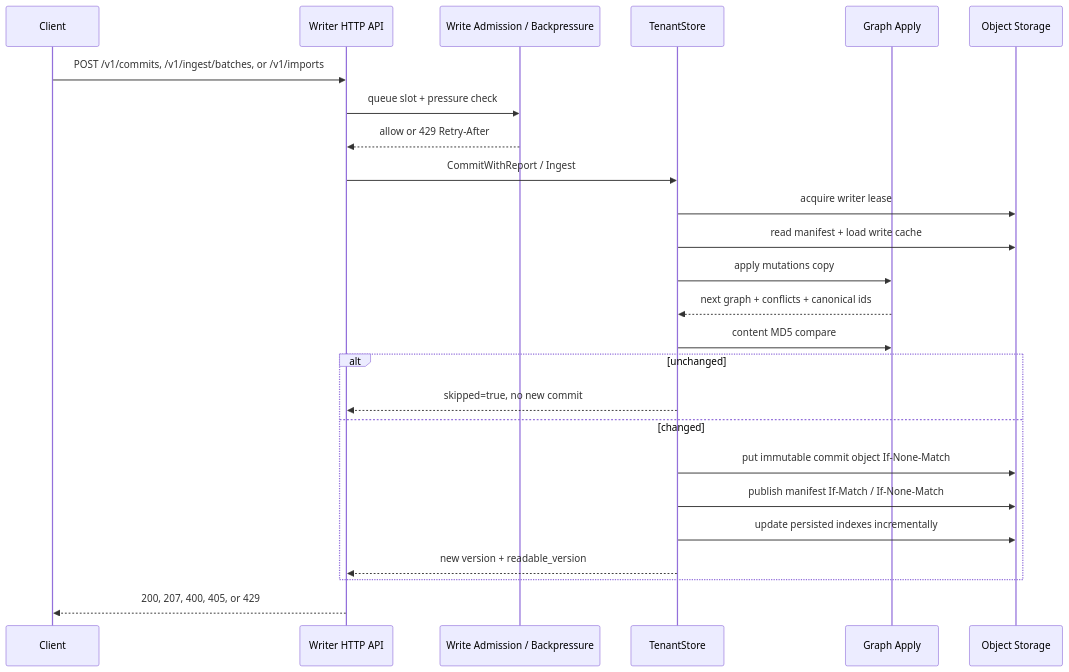
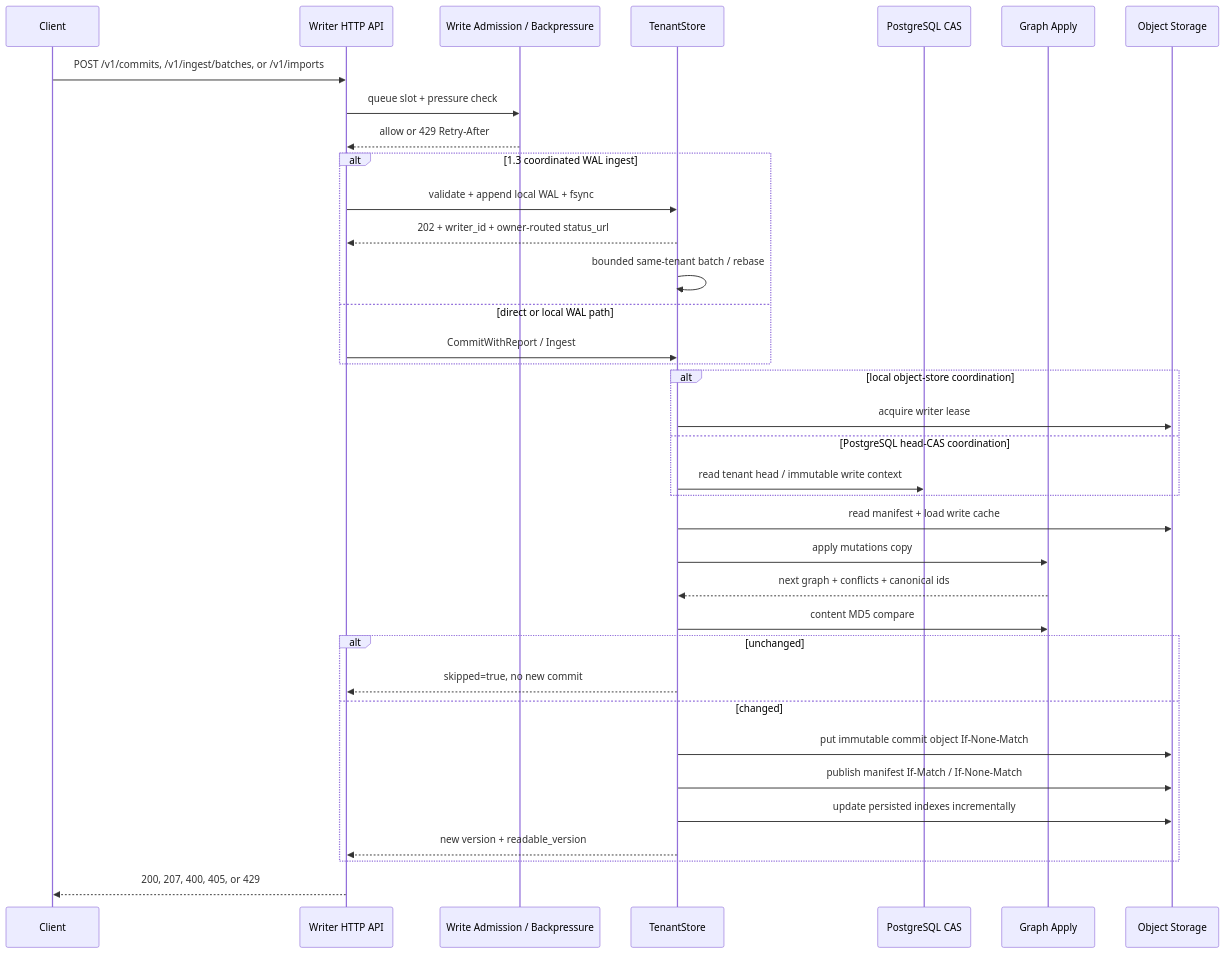
Before and after one commit to SamuelSupe/graphdb: the third of 7 diagrams in docs/architecture.md, drawn with Mermaid. The commit also changed other lines of this file and 64 other files, not shown here.

Commit message:
feat: add PostgreSQL CAS multi-writer ingest WAL

````diff
--- a/docs/architecture.md
+++ b/docs/architecture.md
@@ -121,28 +122,39 @@
 ```mermaid
 sequenceDiagram
   participant Client
   participant HTTP as Writer HTTP API
   participant BP as Write Admission / Backpressure
   participant Store as TenantStore
+  participant PG as PostgreSQL CAS
   participant Graph as Graph Apply
   participant Obj as Object Storage
 
   Client->>HTTP: POST /v1/commits, /v1/ingest/batches, or /v1/imports
   HTTP->>BP: queue slot + pressure check
   BP-->>HTTP: allow or 429 Retry-After
-  HTTP->>Store: CommitWithReport / Ingest
-  Store->>Obj: acquire writer lease
+  alt 1.3 coordinated WAL ingest
+    HTTP->>Store: validate + append local WAL + fsync
+    Store-->>HTTP: 202 + writer_id + owner-routed status_url
+    Store->>Store: bounded same-tenant batch / rebase
+  else direct or local WAL path
+    HTTP->>Store: CommitWithReport / Ingest
+  end
+  alt local object-store coordination
+    Store->>Obj: acquire writer lease
+  else PostgreSQL head-CAS coordination
+    Store->>PG: read tenant head / immutable write context
+  end
   Store->>Obj: read manifest + load write cache
   Store->>Graph: apply mutations copy
   Graph-->>Store: next graph + conflicts + canonical ids
   Store->>Graph: content MD5 compare
   alt unchanged
     Store-->>HTTP: skipped=true, no new commit
   else changed
     Store->>Obj: put immutable commit object If-None-Match
     Store->>Obj: publish manifest If-Match / If-None-Match
     Store->>Obj: update persisted indexes incrementally
     Store-->>HTTP: new version + readable_version
   end
   HTTP-->>Client: 200, 207, 400, 405, or 429
 ```
````
